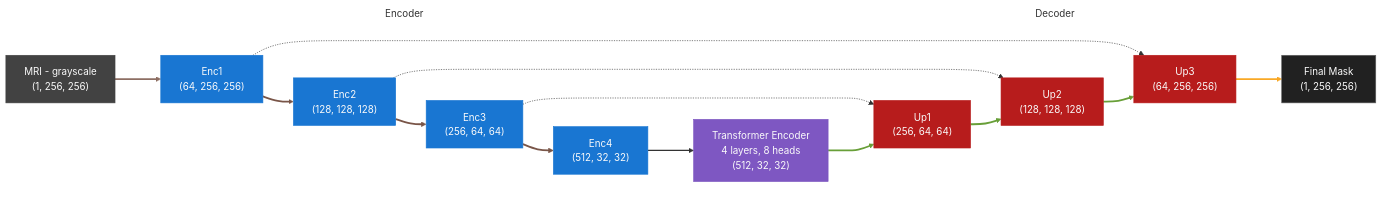
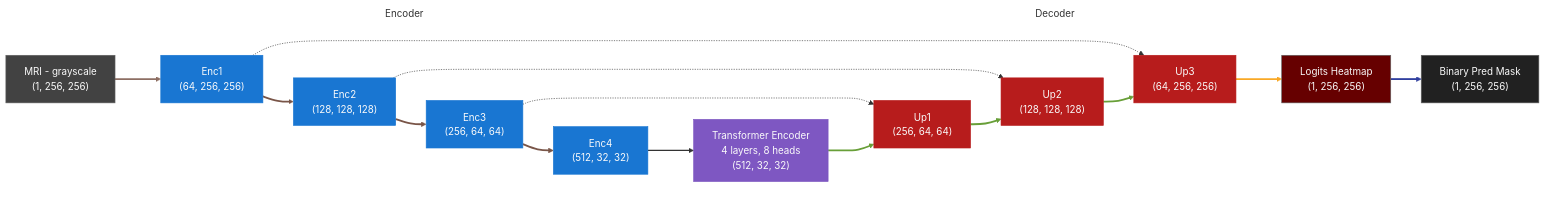
One commit to yuvalrubinil/Brain-MRI-Tumor-Segmentator changed the diagram in README.md. Above: the diagram before and after it, drawn with Mermaid. The commit also changed other lines of this file and 34 other files, not shown here.

````diff
--- a/README.md
+++ b/README.md
@@ -18,63 +18,68 @@
 ```mermaid 
 graph LR
 
     %% Skip Connections
     E1 -.-> U3
     E2 -.-> U2
     E3 -.-> U1
 
     I["MRI - grayscale<br/>(1, 256, 256)"]
     I --> E1
 
     %% Encoder
     subgraph Encoder ["Encoder"]
         E1["Enc1<br/>(64, 256, 256)"]
         E2["Enc2<br/>(128, 128, 128)"]
         E3["Enc3<br/>(256, 64, 64)"]
         E4["Enc4<br/>(512, 32, 32)"]
 
         E1 --> E2
         E2 --> E3
         E3 --> E4
     end
 
     %% Bottleneck
     E4 --> T["Transformer Encoder<br/>4 layers, 8 heads<br/>(512, 32, 32)"]
     T --> U1
 
     %% Decoder
     subgraph Decoder ["Decoder"]
         U1["Up1<br/>(256, 64, 64)"]
         U2["Up2<br/>(128, 128, 128)"]
         U3["Up3<br/>(64, 256, 256)"]
 
         U1 --> U2
         U2 --> U3
     end
 
-    U3 --> O
-    O["Final Mask<br/>(1, 256, 256)"]
+    U3 --> Logits
+    Logits["Logits Heatmap<br/>(1, 256, 256)"]
+    Logits --> O
+    O["Binary Pred Mask<br/>(1, 256, 256)"]
 
 
     %% STYLING 
     style Encoder fill:transparent,stroke:#888,stroke-dasharray:0 50
     style Decoder fill:transparent,stroke:#888,stroke-dasharray:0 50
 
-    classDef input fill:#424242,stroke:#424242,color:#FAFAFA
+    classDef input fill:#424242,stroke:#616161,color:#FAFAFA
     classDef encoder fill:#1976D2,stroke:#1976D2,color:#FAFAFA
     classDef bottleneck fill:#7E57C2,stroke:#7E57C2,color:#FAFAFA
     classDef decoder fill:#B71C1C,stroke:#B71C1C,color:#FAFAFA
+    classDef logits fill:#660000,stroke:#616161,color:#FAFAFA
     classDef output fill:#212121,stroke:#616161,color:#FAFAFA
 
     class I input
     class E1,E2,E3,E4 encoder
     class T bottleneck
     class U1,U2,U3 decoder
+    class Logits logits
     class O output
 
     linkStyle 3 stroke:#8D6E63,stroke-width:3px
     linkStyle 4,5,6 stroke:#795548,stroke-width:3px
     linkStyle 7 stroke-width:2px
     linkStyle 8,9,10 stroke:#689F38,stroke-width:3px
     linkStyle 11 stroke:#F9A825,stroke-width:3px
+    linkStyle 12 stroke:#303F9F,stroke-width:3px
 ```
````
